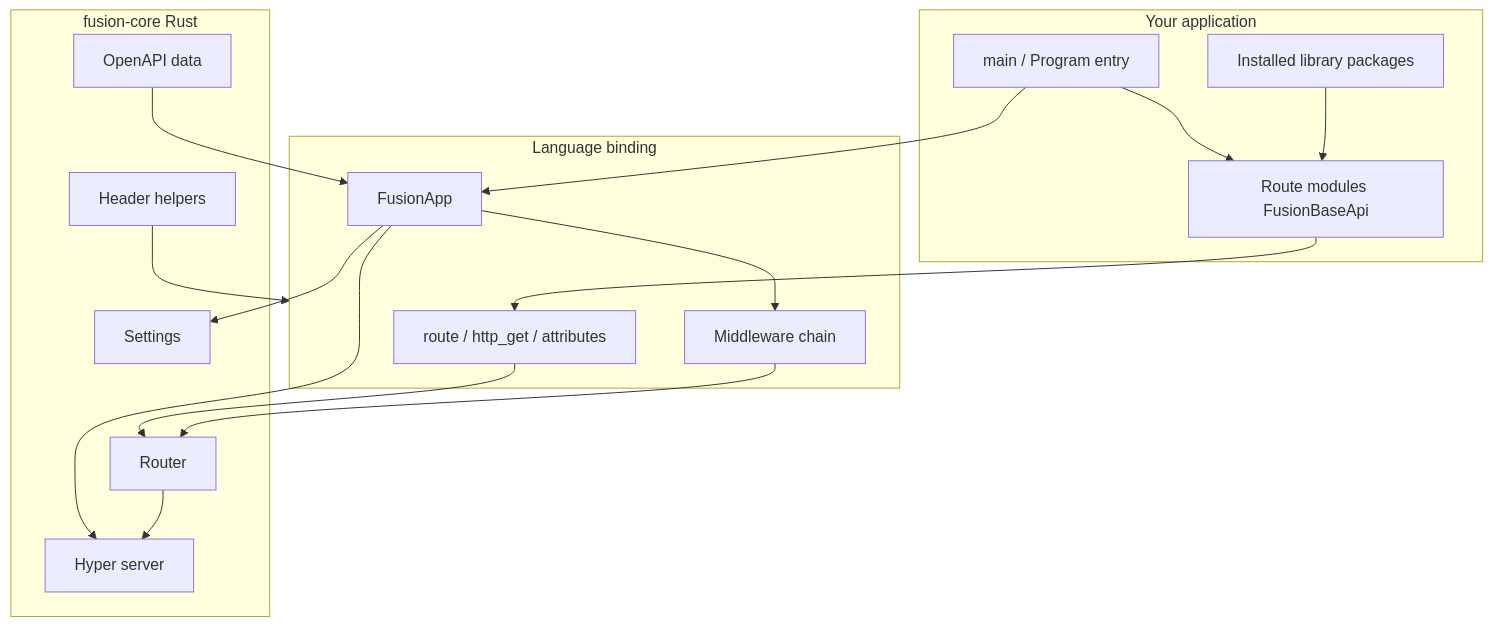
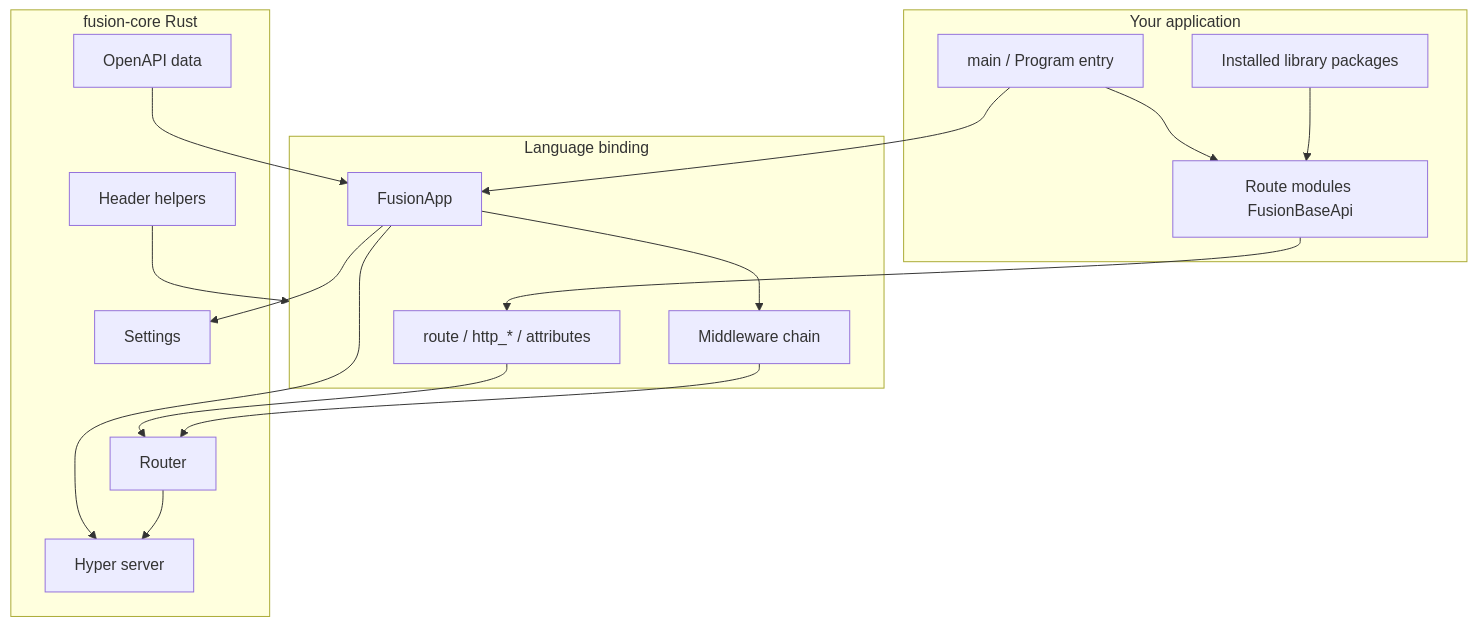
Before and after one commit to cipherunits/fusion-docs: the diagram in content/docs/en/architecture/v1/index.mdx, drawn with Mermaid. The commit also changed other lines of this file and 128 other files, not shown here.

First line of the commit message:
Expand multilingual Fusion docs with architecture, CLI, and SDK guides for headers, pagination, status, and related APIs.

````diff
--- a/content/docs/en/architecture/v1/index.mdx
+++ b/content/docs/en/architecture/v1/index.mdx
@@ -24,32 +24,32 @@
 ```mermaid
 flowchart TB
   subgraph app [Your application]
     Main[main / Program entry]
     RouteMods[Route modules FusionBaseApi]
     Libs[Installed library packages]
   end
   subgraph binding [Language binding]
-    Decorators[route / http_get / attributes]
+    Decorators[route / http_* / attributes]
     MW[Middleware chain]
     App[FusionApp]
   end
   subgraph core [fusion-core Rust]
     Settings[Settings]
     Router[Router]
     Hyper[Hyper server]
     Headers[Header helpers]
     OpenAPI[OpenAPI data]
   end
   Main --> RouteMods
   Main --> App
   Libs --> RouteMods
   RouteMods --> Decorators
   Decorators --> Router
   App --> MW
   MW --> Router
   App --> Settings
   App --> Hyper
   Router --> Hyper
   Headers --> binding
   OpenAPI --> App
 ```
````
